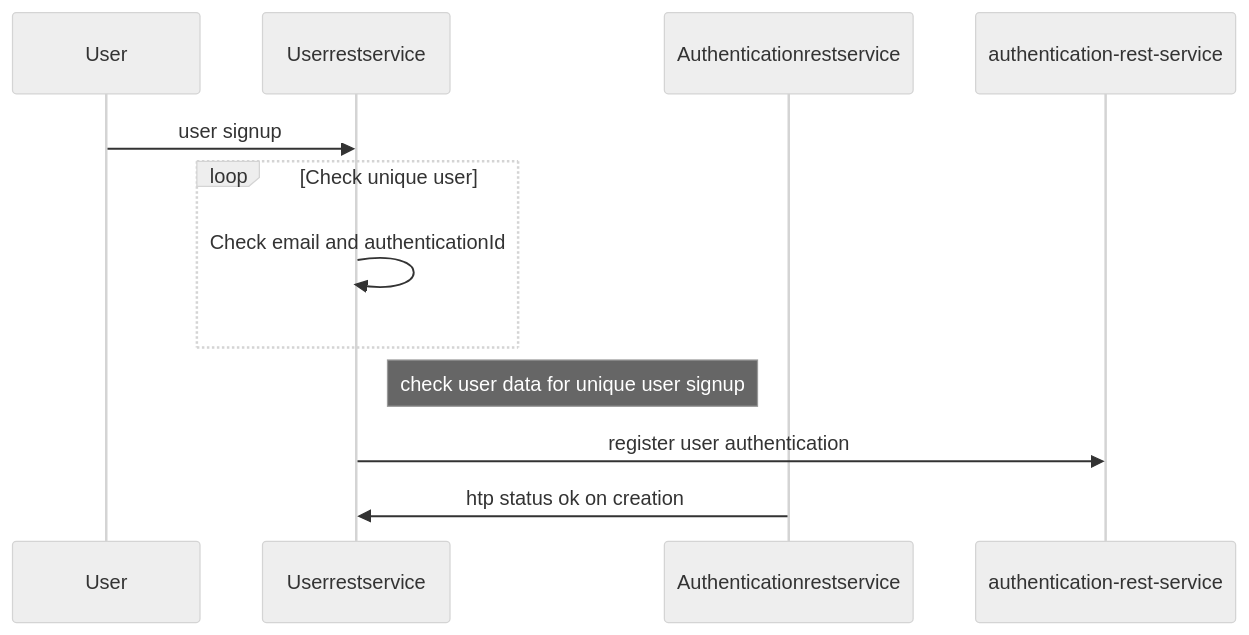
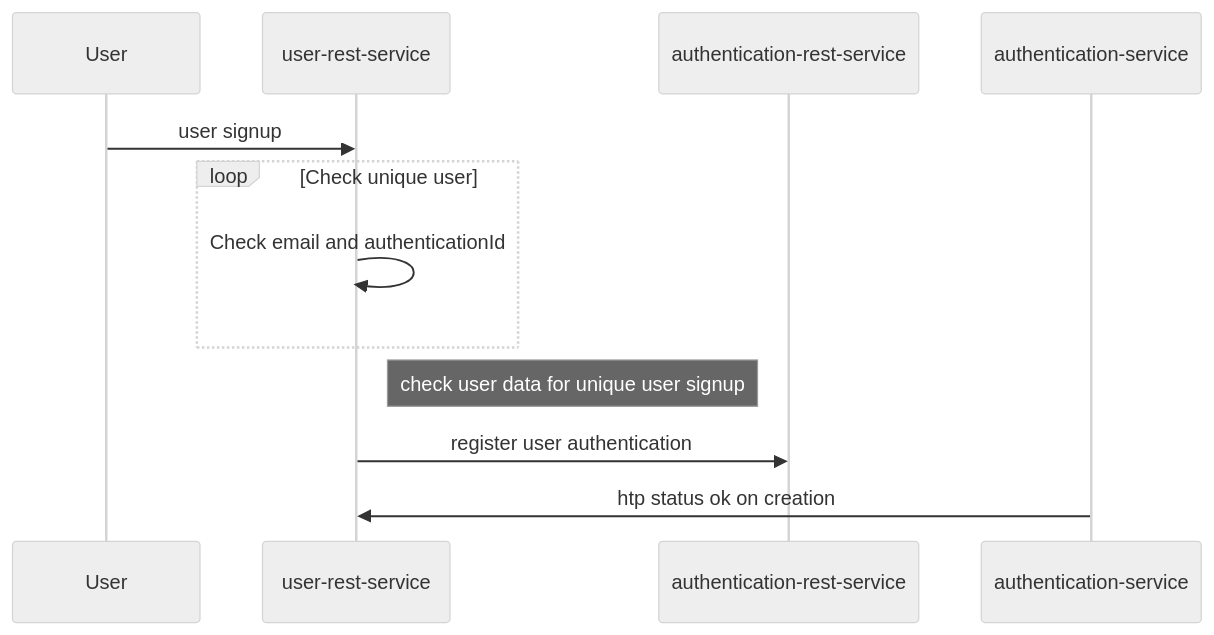
One commit to sonamsamdupkhangsar/user-rest-service changed the third of 4 diagrams in README.md. Above: the diagram before and after it, drawn with Mermaid (neutral theme).

Commit message:
test readme

````diff
--- a/README.md
+++ b/README.md
@@ -94,13 +94,13 @@
 ```mermaid 
 sequenceDiagram
     participant User
-    participant Userrestservice
-    participant Authenticationrestservice
-    User->>Userrestservice: user signup
+    participant user-rest-service
+    participant authentication-rest-service
+    User->>user-rest-service: user signup
     loop Check unique user
-        Userrestservice->>Userrestservice: Check email and authenticationId 
+        user-rest-service->>user-rest-service: Check email and authenticationId 
     end
-    Note right of Userrestservice: check user data for unique user signup
-    Userrestservice ->> authentication-rest-service: register user authentication
-    Authenticationrestservice ->> Userrestservice: htp status ok on creation
+    Note right of user-rest-service: check user data for unique user signup
+    user-rest-service ->> authentication-rest-service: register user authentication
+    authentication-service ->> user-rest-service: htp status ok on creation
 ```
````
